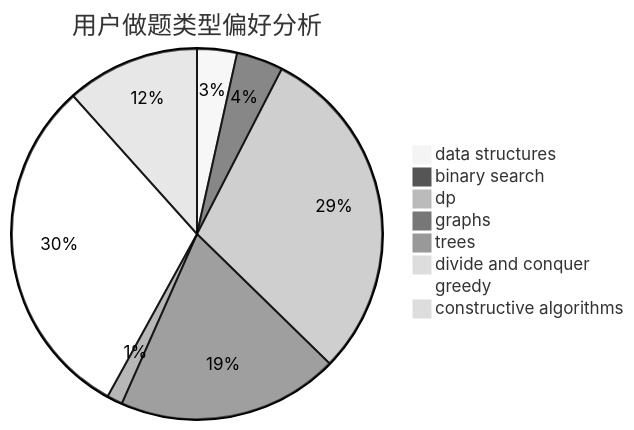
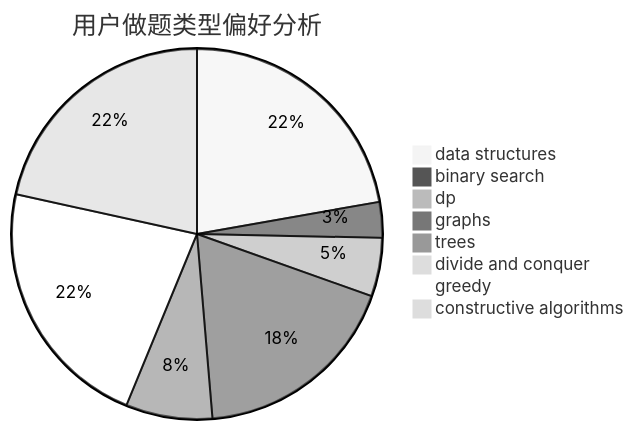
Before and after one commit to sherpahu/cfrs.github.io: the second of 3 diagrams in docs/user/u908.md, drawn with Mermaid (neutral theme). The commit also changed other lines of this file and 2770 other files, not shown here.

````diff
--- a/docs/user/u908.md
+++ b/docs/user/u908.md
@@ -23,11 +23,11 @@
 ```mermaid
 pie title 用户做题类型偏好分析
-    "data structures" :  23
-    "binary search" :  27
-    "dp" :  197
-    "graphs" :  128
-    "trees" :  9
-    "divide and conquer" :  6
-    "greedy" :  201
-    "constructive algorithms" :  77
+    "data structures" :  100
+    "binary search" :  14
+    "dp" :  23
+    "graphs" :  82
+    "trees" :  34
+    "divide and conquer" :  0
+    "greedy" :  100
+    "constructive algorithms" :  97
 ```
````
